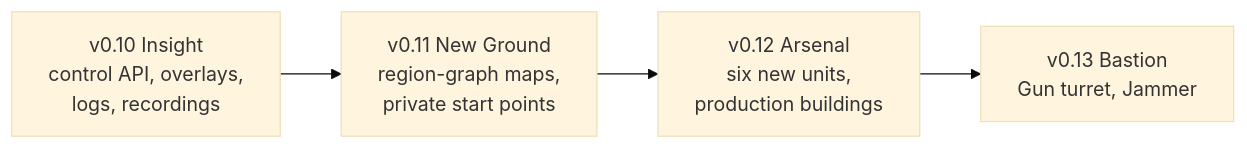
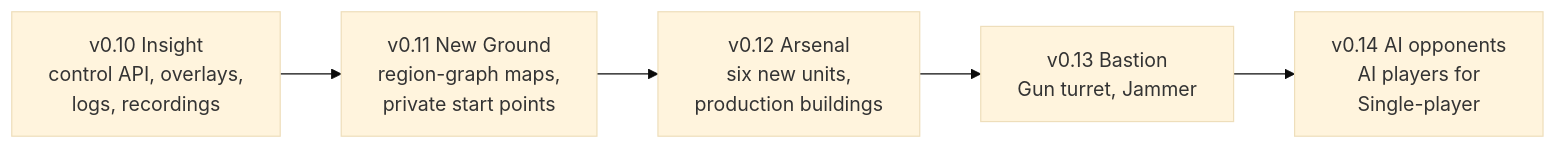
The diagram in docs/roadmap.md (CoolCoder353/WAR-2D), drawn with Mermaid (base theme) before and after one commit. The commit also changed other lines of this file and 57 other files, not shown here.

````diff
--- a/docs/roadmap.md
+++ b/docs/roadmap.md
@@ -22,6 +23,7 @@
 ```mermaid
 flowchart LR
     v010[v0.10 Insight<br/>control API, overlays,<br/>logs, recordings] --> v011[v0.11 New Ground<br/>region-graph maps,<br/>private start points]
     v011 --> v012[v0.12 Arsenal<br/>six new units,<br/>production buildings]
     v012 --> v013[v0.13 Bastion<br/>Gun turret, Jammer]
+    v013 --> v014[v0.14 AI opponents<br/>AI players for<br/>Single-player]
 ```
````
